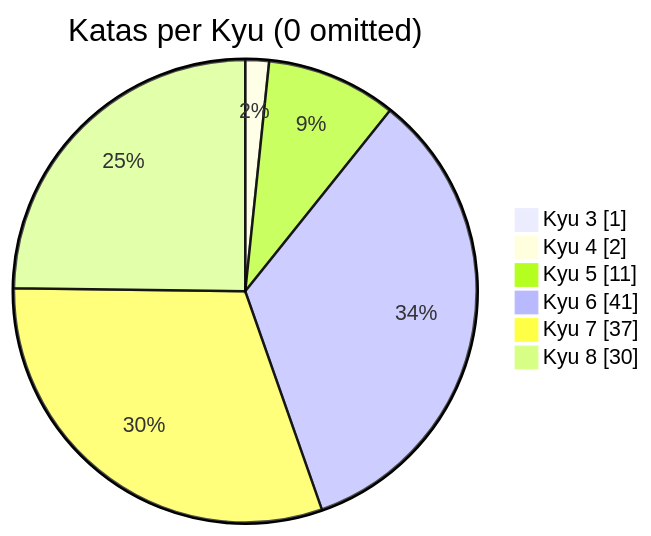
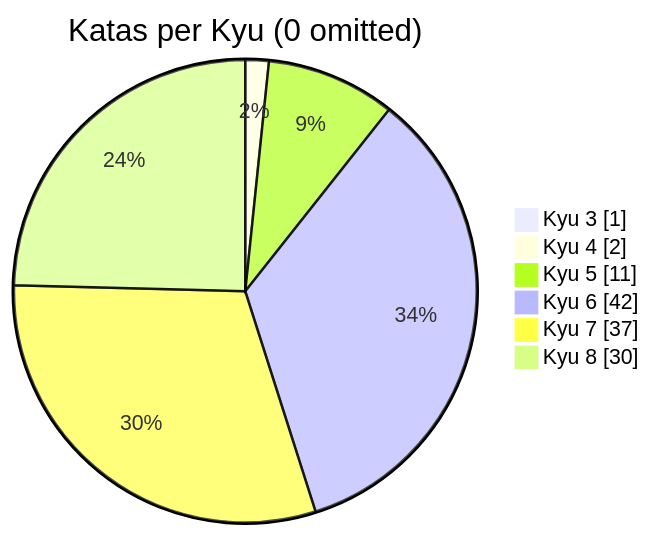
One commit to MauricioLudwig/codewars-typescript changed the diagram in README.md. Above: the diagram before and after it, drawn with Mermaid. The commit also changed other lines of this file, not shown here.

````diff
--- a/README.md
+++ b/README.md
@@ -21,10 +21,10 @@
 ```mermaid
 pie showData
     title Katas per Kyu (0 omitted)
 	"Kyu 3": 1
 	"Kyu 4": 2
 	"Kyu 5": 11
-	"Kyu 6": 41
+	"Kyu 6": 42
 	"Kyu 7": 37
 	"Kyu 8": 30
 ```
````
